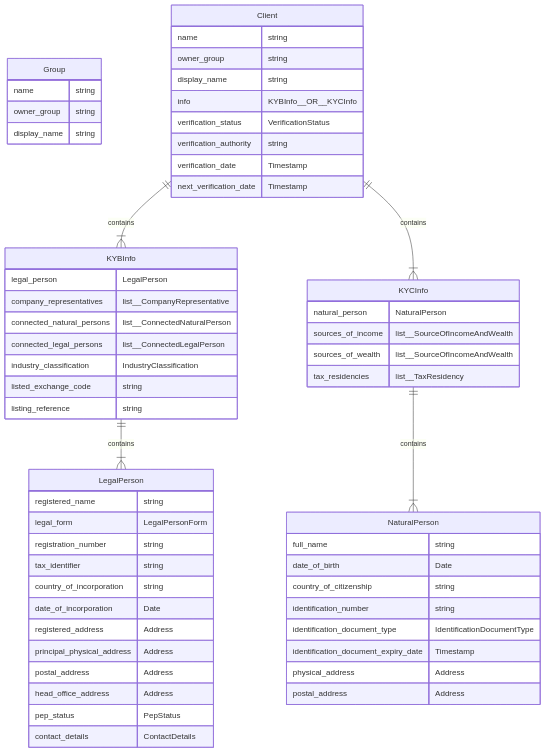
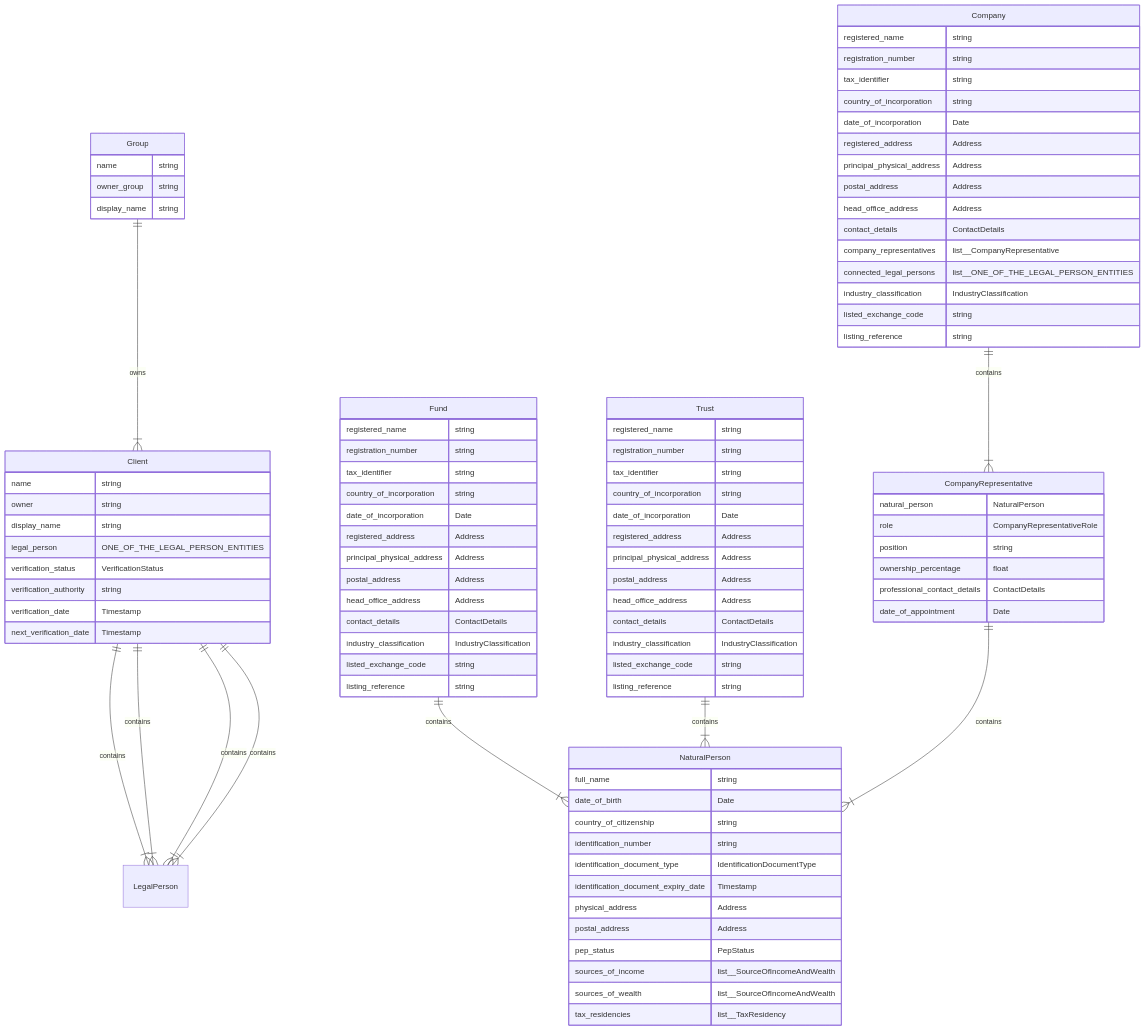
The diagram in proto/meshtrade/compliance/client/v1/README.md (meshtrade/api), drawn with Mermaid before and after one commit. The commit also changed 59 other files, not shown here.

````diff
--- a/proto/meshtrade/compliance/client/v1/README.md
+++ b/proto/meshtrade/compliance/client/v1/README.md
@@ -6,39 +6,22 @@
         owner_group string
         display_name string
     }
-
+    Group ||--|{ Client : owns
 
     Client {
         name string
-        owner_group string
+        owner string
         display_name string
-        info KYBInfo__OR__KYCInfo
+        legal_person ONE_OF_THE_LEGAL_PERSON_ENTITIES
         verification_status VerificationStatus
         verification_authority string
         verification_date Timestamp
         next_verification_date Timestamp
     }
-    Client ||--|{ KYBInfo : contains
-    Client ||--|{ KYCInfo : contains
-    
-    KYCInfo {
-        natural_person NaturalPerson
-        sources_of_income list__SourceOfIncomeAndWealth
-        sources_of_wealth list__SourceOfIncomeAndWealth
-        tax_residencies list__TaxResidency
-    }
-    KYCInfo ||--|{ NaturalPerson : contains
-
-    KYBInfo {
-        legal_person LegalPerson
-        company_representatives list__CompanyRepresentative
-        connected_natural_persons list__ConnectedNaturalPerson
-        connected_legal_persons list__ConnectedLegalPerson
-        industry_classification IndustryClassification
-        listed_exchange_code string
-        listing_reference string
-    }
-    KYBInfo ||--|{ LegalPerson : contains
+    Client ||--|{ LegalPerson : contains
+    Client ||--|{ LegalPerson : contains
+    Client ||--|{ LegalPerson : contains
+    Client ||--|{ LegalPerson : contains
 
     NaturalPerson {
         full_name string
@@ -49,11 +32,14 @@
         identification_document_expiry_date Timestamp
         physical_address Address
         postal_address Address
+        pep_status PepStatus
+        sources_of_income list__SourceOfIncomeAndWealth
+        sources_of_wealth list__SourceOfIncomeAndWealth  
+        tax_residencies list__TaxResidency      
     }
 
-    LegalPerson {
+    Company {
         registered_name string
-        legal_form LegalPersonForm
         registration_number string
         tax_identifier string
         country_of_incorporation string
@@ -62,7 +48,56 @@
         principal_physical_address Address
         postal_address Address
         head_office_address Address
-        pep_status PepStatus
         contact_details ContactDetails
+        company_representatives list__CompanyRepresentative
+        connected_legal_persons list__ONE_OF_THE_LEGAL_PERSON_ENTITIES
+        industry_classification IndustryClassification
+        listed_exchange_code string
+        listing_reference string
     }
+    Company ||--|{ CompanyRepresentative : contains  
+
+    Fund {
+        registered_name string
+        registration_number string
+        tax_identifier string
+        country_of_incorporation string
+        date_of_incorporation Date
+        registered_address Address
+        principal_physical_address Address
+        postal_address Address
+        head_office_address Address
+        contact_details ContactDetails
+        industry_classification IndustryClassification
+        listed_exchange_code string
+        listing_reference string
+    }
+    Fund ||--|{ NaturalPerson : contains
+
+    Trust {
+        registered_name string
+        registration_number string
+        tax_identifier string
+        country_of_incorporation string
+        date_of_incorporation Date
+        registered_address Address
+        principal_physical_address Address
+        postal_address Address
+        head_office_address Address
+        contact_details ContactDetails
+        industry_classification IndustryClassification
+        listed_exchange_code string
+        listing_reference string
+    }
+    Trust ||--|{ NaturalPerson : contains    
+
+    CompanyRepresentative {
+        natural_person NaturalPerson
+        role CompanyRepresentativeRole
+        position string
+        ownership_percentage float
+        professional_contact_details ContactDetails
+        date_of_appointment Date
+    }
+    CompanyRepresentative ||--|{ NaturalPerson : contains  
 ```
````
